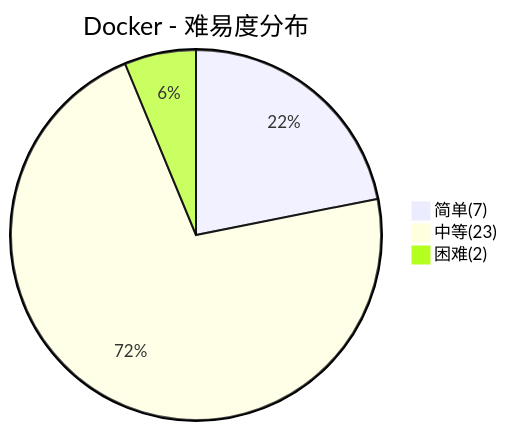
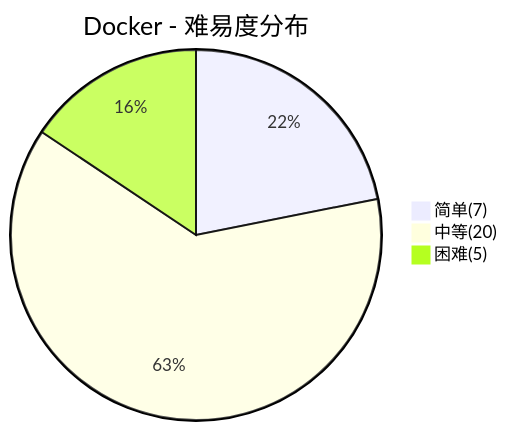
The second of 5 diagrams in docs/99.面试/DevOps面试.md (dunwu/waterdrop), drawn with Mermaid before and after one commit. The commit also changed other lines of this file and 73 other files, not shown here.

````diff
--- a/docs/99.面试/DevOps面试.md
+++ b/docs/99.面试/DevOps面试.md
@@ -89,6 +89,6 @@
 ```mermaid
 pie title Docker - 难易度分布
     "简单(7)" : 7
-    "中等(23)" : 23
-    "困难(2)" : 2
+    "中等(20)" : 20
+    "困难(5)" : 5
 ```
````
